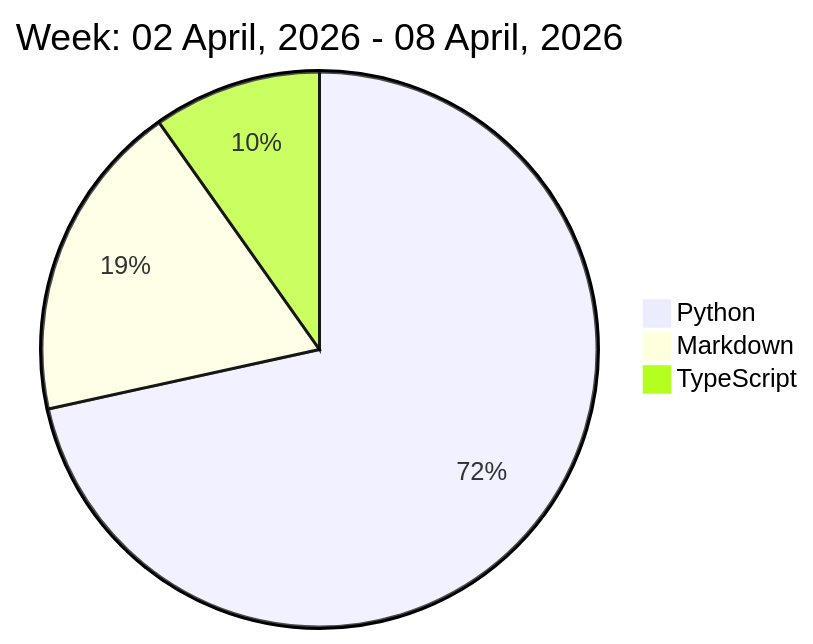
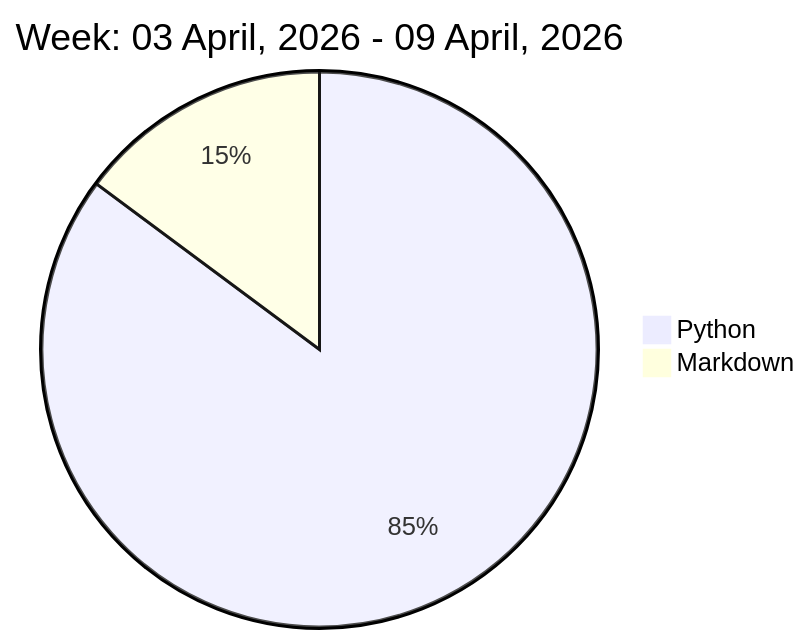
The diagram in README.md (liubin95/liubin95), drawn with Mermaid before and after one commit.

Commit message:
Updated the Graph with new Metrics

````diff
--- a/README.md
+++ b/README.md
@@ -32,7 +32,6 @@
 ```mermaid
  pie
-title Week: 02 April, 2026 - 08 April, 2026
- "Python" : 12.28
- "Markdown" : 3.2
- "TypeScript" : 1.68
+title Week: 03 April, 2026 - 09 April, 2026
+ "Python" : 11.77
+ "Markdown" : 2.05
 ```
````
